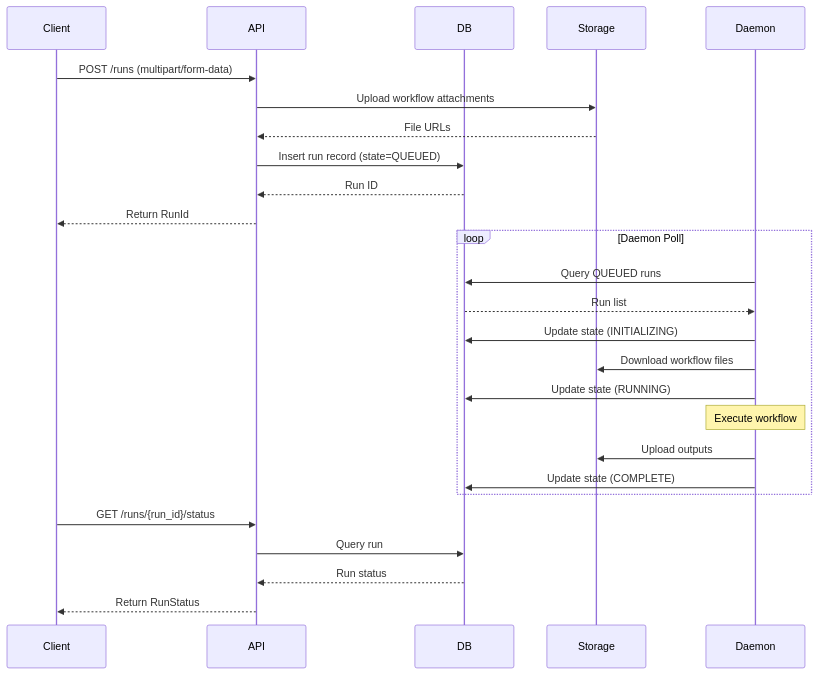
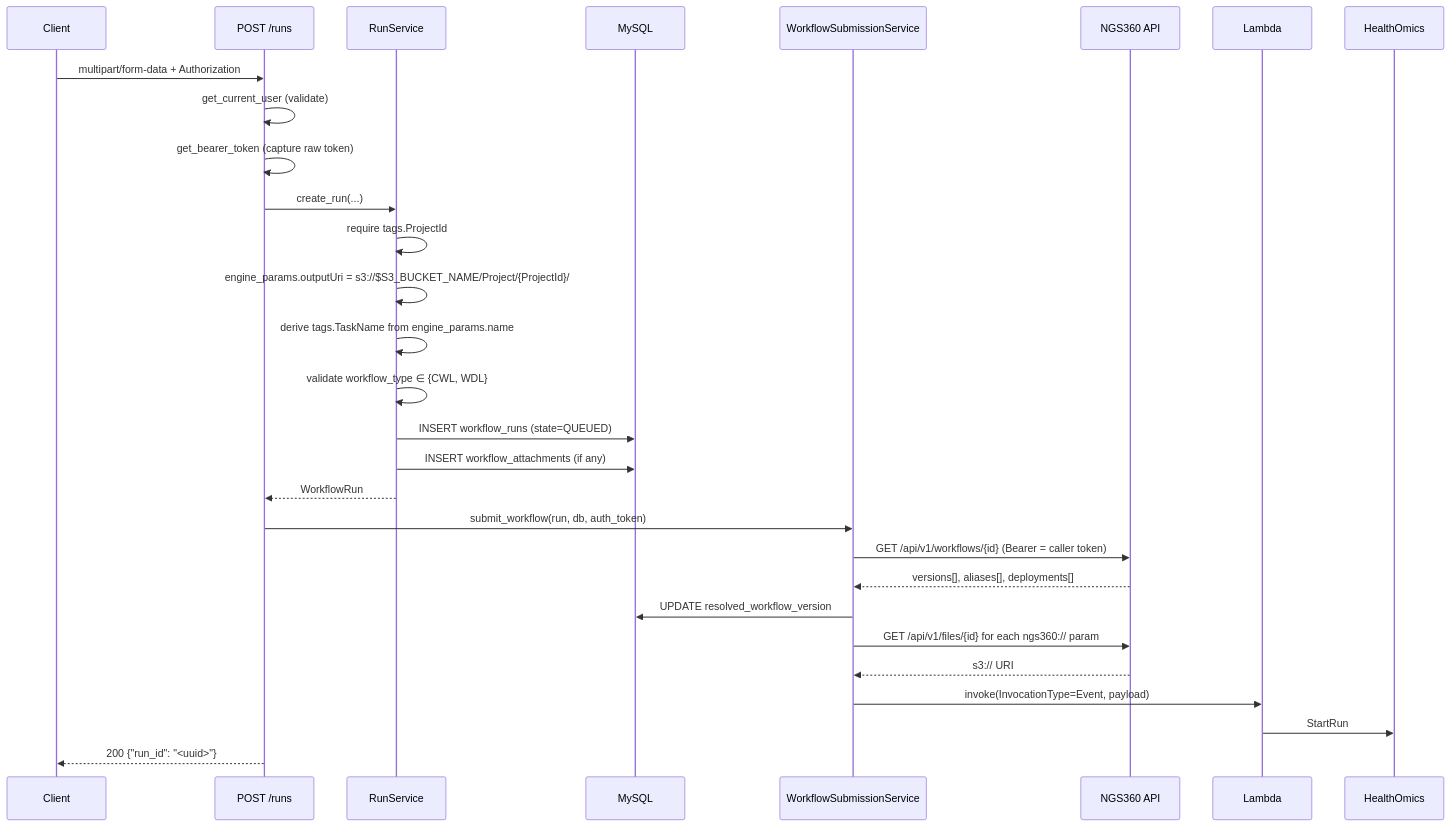
The second of 3 diagrams in docs/ARCHITECTURE.md (NGS360/GA4GH-WES-API-Service), drawn with Mermaid before and after one commit. The commit also changed other lines of this file and 8 other files, not shown here.

````diff
--- a/docs/ARCHITECTURE.md
+++ b/docs/ARCHITECTURE.md
@@ -502,31 +161,33 @@
 ```mermaid
 sequenceDiagram
-    participant Client
-    participant API
-    participant DB
-    participant Storage
-    participant Daemon
-    
-    Client->>API: POST /runs (multipart/form-data)
-    API->>Storage: Upload workflow attachments
-    Storage-->>API: File URLs
-    API->>DB: Insert run record (state=QUEUED)
-    DB-->>API: Run ID
-    API-->>Client: Return RunId
-    
-    loop Daemon Poll
-        Daemon->>DB: Query QUEUED runs
-        DB-->>Daemon: Run list
-        Daemon->>DB: Update state (INITIALIZING)
-        Daemon->>Storage: Download workflow files
-        Daemon->>DB: Update state (RUNNING)
-        Note over Daemon: Execute workflow
-        Daemon->>Storage: Upload outputs
-        Daemon->>DB: Update state (COMPLETE)
-    end
-    
-    Client->>API: GET /runs/{run_id}/status
-    API->>DB: Query run
-    DB-->>API: Run status
-    API-->>Client: Return RunStatus
+    participant C as Client
+    participant R as POST /runs
+    participant RS as RunService
+    participant DB as MySQL
+    participant WS as WorkflowSubmissionService
+    participant N as NGS360 API
+    participant L as Lambda
+    participant O as HealthOmics
+
+    C->>R: multipart/form-data + Authorization
+    R->>R: get_current_user (validate)
+    R->>R: get_bearer_token (capture raw token)
+    R->>RS: create_run(...)
+    RS->>RS: require tags.ProjectId
+    RS->>RS: engine_params.outputUri = s3://$S3_BUCKET_NAME/Project/{ProjectId}/
+    RS->>RS: derive tags.TaskName from engine_params.name
+    RS->>RS: validate workflow_type ∈ {CWL, WDL}
+    RS->>DB: INSERT workflow_runs (state=QUEUED)
+    RS->>DB: INSERT workflow_attachments (if any)
+    RS-->>R: WorkflowRun
+
+    R->>WS: submit_workflow(run, db, auth_token)
+    WS->>N: GET /api/v1/workflows/{id}  (Bearer = caller token)
+    N-->>WS: versions[], aliases[], deployments[]
+    WS->>DB: UPDATE resolved_workflow_version
+    WS->>N: GET /api/v1/files/{id} for each ngs360:// param
+    N-->>WS: s3:// URI
+    WS->>L: invoke(InvocationType=Event, payload)
+    L->>O: StartRun
+    R-->>C: 200 {"run_id": "<uuid>"}
 ```
````
